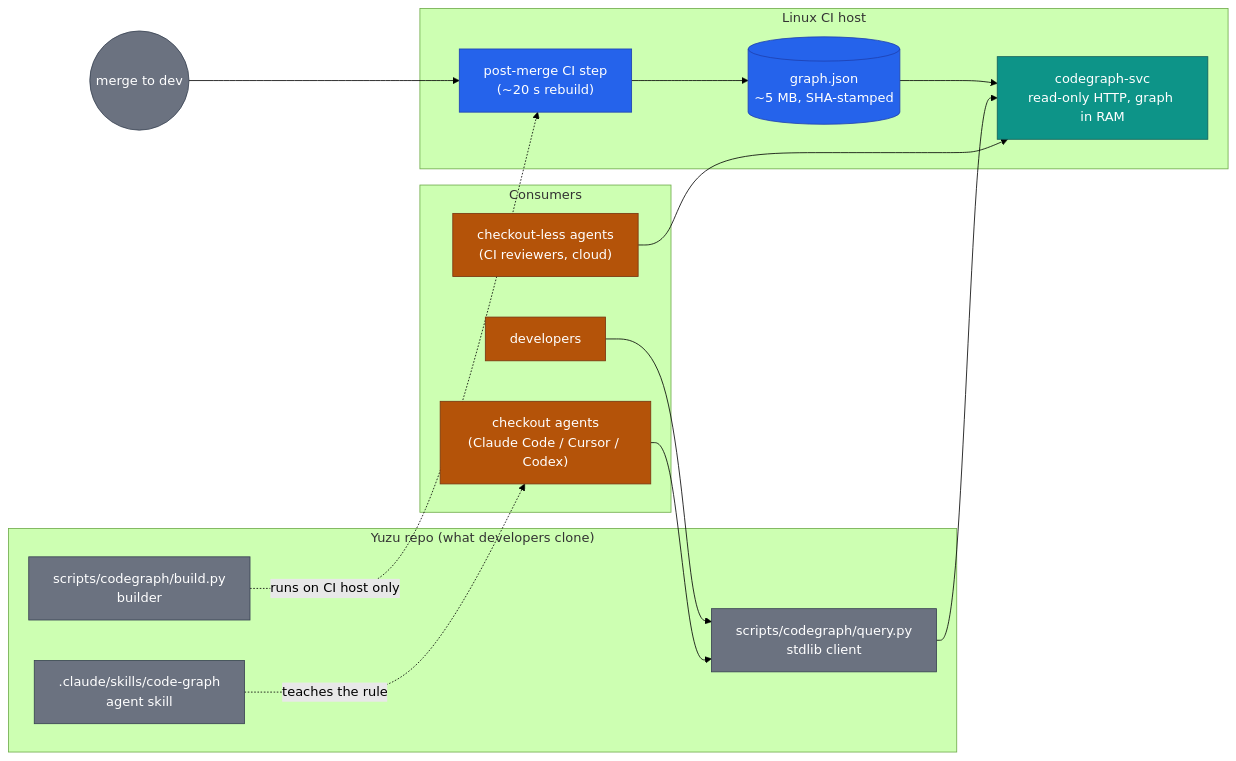
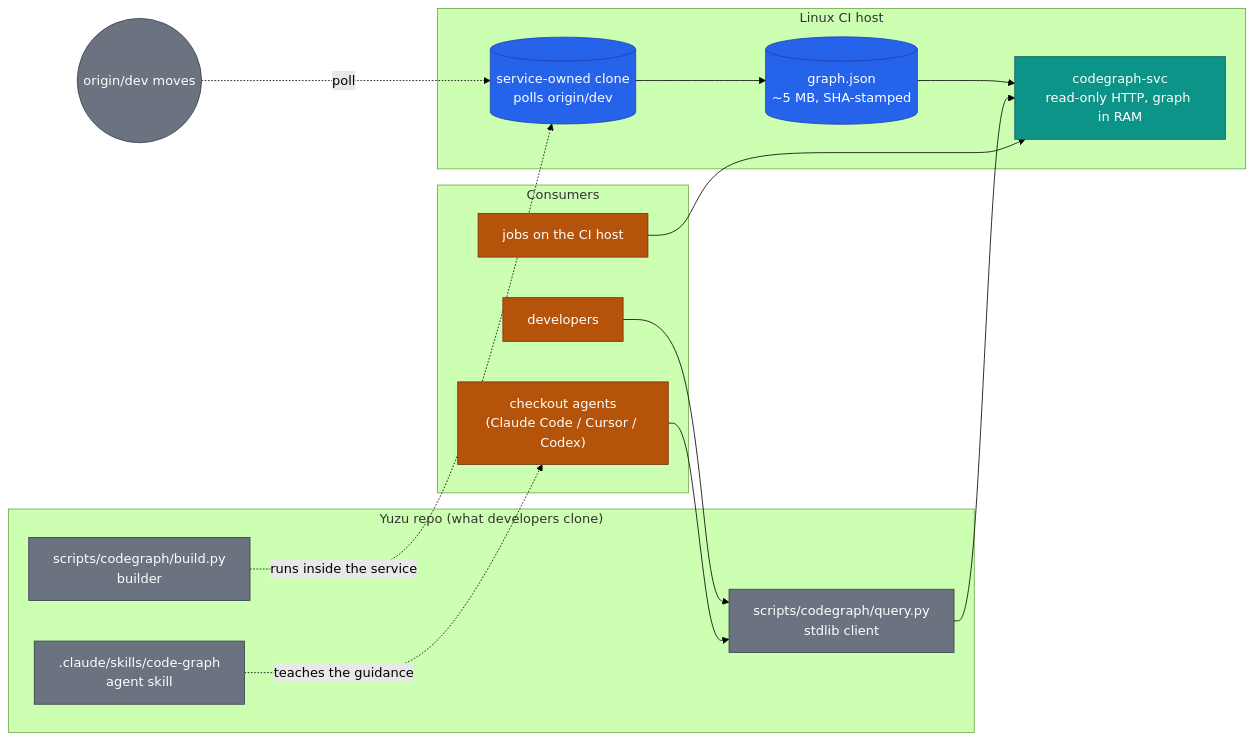
The first of 3 diagrams in docs/adr/3006-central-code-graph-service.md (Tr3kkR/Yuzu), drawn with Mermaid (forest theme) before and after one commit. The commit also changed other lines of this file, not shown here.

First line of the commit message:
docs(adr): address ADR-3006 review — pull refresh, guidance-not-invariant rule, evidence reframe, topology unsettled

````diff
--- a/docs/adr/3006-central-code-graph-service.md
+++ b/docs/adr/3006-central-code-graph-service.md
@@ -44,33 +61,33 @@
 ```mermaid
 flowchart LR
     subgraph repo["Yuzu repo (what developers clone)"]
         B["scripts/codegraph/build.py<br/>builder"]
         Q["scripts/codegraph/query.py<br/>stdlib client"]
         SK[".claude/skills/code-graph<br/>agent skill"]
     end
     subgraph ci["Linux CI host"]
-        STEP["post-merge CI step<br/>(~20 s rebuild)"]
         SVC["codegraph-svc<br/>read-only HTTP, graph in RAM"]
+        CLONE[("service-owned clone<br/>polls origin/dev")]
         GJ[("graph.json<br/>~5 MB, SHA-stamped")]
     end
     subgraph consumers["Consumers"]
         DEV["developers"]
         AG["checkout agents<br/>(Claude Code / Cursor / Codex)"]
-        CL["checkout-less agents<br/>(CI reviewers, cloud)"]
+        HOSTJ["jobs on the CI host"]
     end
-    MERGE(("merge to dev")) --> STEP
-    B -. "runs on CI host only" .-> STEP
-    STEP --> GJ --> SVC
+    ORIGIN(("origin/dev moves")) -.->|"poll"| CLONE
+    B -. "runs inside the service" .-> CLONE
+    CLONE --> GJ --> SVC
     DEV & AG --> Q --> SVC
-    CL --> SVC
-    SK -. "teaches the rule" .-> AG
+    HOSTJ --> SVC
+    SK -. "teaches the guidance" .-> AG
 
     classDef ciC fill:#2563eb,stroke:#1e40af,color:#ffffff
     classDef svcC fill:#0d9488,stroke:#115e59,color:#ffffff
     classDef conC fill:#b45309,stroke:#78350f,color:#ffffff
     classDef repoC fill:#6b7280,stroke:#374151,color:#ffffff
-    class STEP,GJ ciC
+    class CLONE,GJ ciC
     class SVC svcC
-    class DEV,AG,CL conC
-    class B,Q,SK,MERGE repoC
+    class DEV,AG,HOSTJ conC
+    class B,Q,SK,ORIGIN repoC
 ```
````
